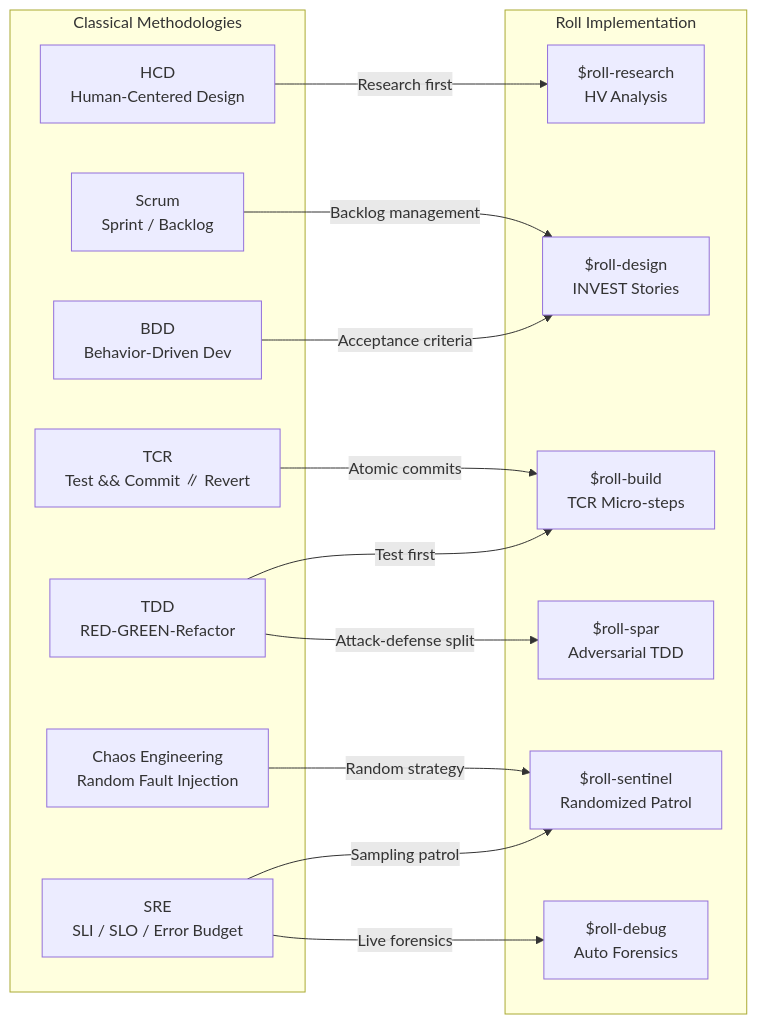
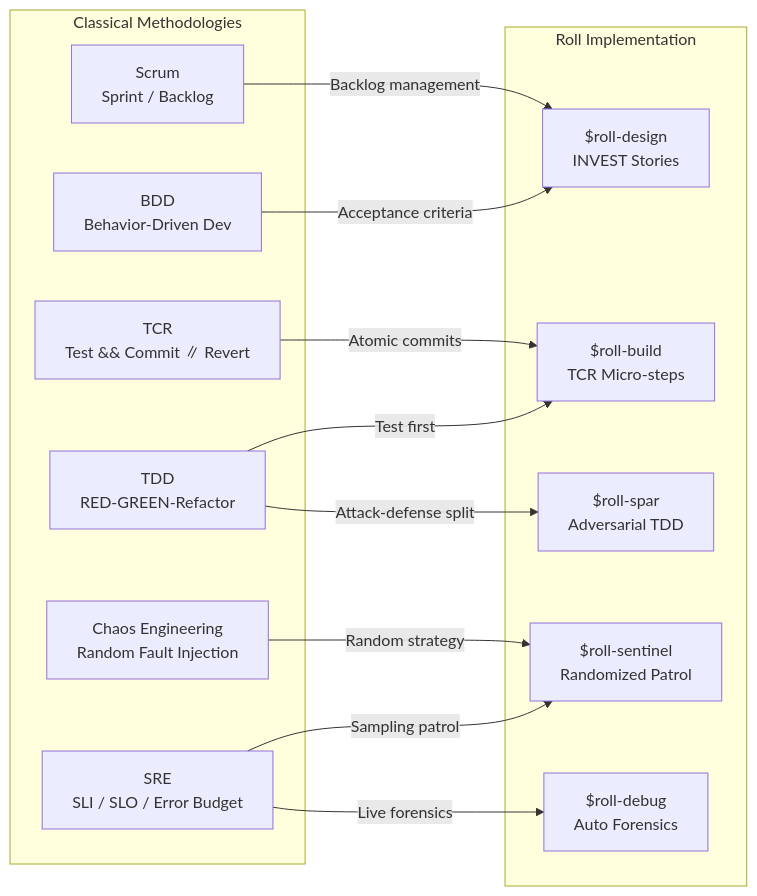
Before and after one commit to seanyao/roll: the second of 2 diagrams in guide/en/methodology.md, drawn with Mermaid. The commit also changed other lines of this file and 14 other files, not shown here.

First line of the commit message:
Chore: remove roll-research skill + drop README acknowledgments

````diff
--- a/guide/en/methodology.md
+++ b/guide/en/methodology.md
@@ -548,31 +529,28 @@
 ```mermaid
 graph LR
     subgraph "Classical Methodologies"
-        HCD["HCD<br/>Human-Centered Design"]
         BDD["BDD<br/>Behavior-Driven Dev"]
         S["Scrum<br/>Sprint / Backlog"]
         T["TDD<br/>RED-GREEN-Refactor"]
         TCR["TCR<br/>Test && Commit ∥ Revert"]
         SRE["SRE<br/>SLI / SLO / Error Budget"]
         CE["Chaos Engineering<br/>Random Fault Injection"]
     end
 
     subgraph "Roll Implementation"
-        R["$roll-research<br/>HV Analysis"]
         D["$roll-design<br/>INVEST Stories"]
         SB["$roll-build<br/>TCR Micro-steps"]
         SP["$roll-spar<br/>Adversarial TDD"]
         SE["$roll-sentinel<br/>Randomized Patrol"]
         BB["$roll-debug<br/>Auto Forensics"]
     end
 
-    HCD -->|"Research first"| R
     BDD -->|"Acceptance criteria"| D
     S -->|"Backlog management"| D
     T -->|"Test first"| SB
     TCR -->|"Atomic commits"| SB
     T -->|"Attack-defense split"| SP
     SRE -->|"Sampling patrol"| SE
     CE -->|"Random strategy"| SE
     SRE -->|"Live forensics"| BB
 ```
````
